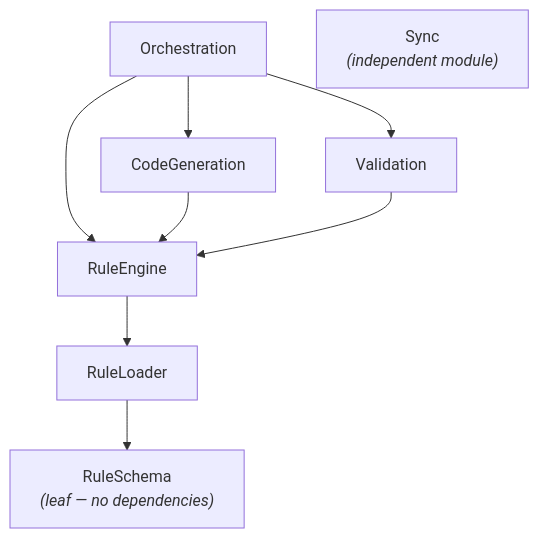
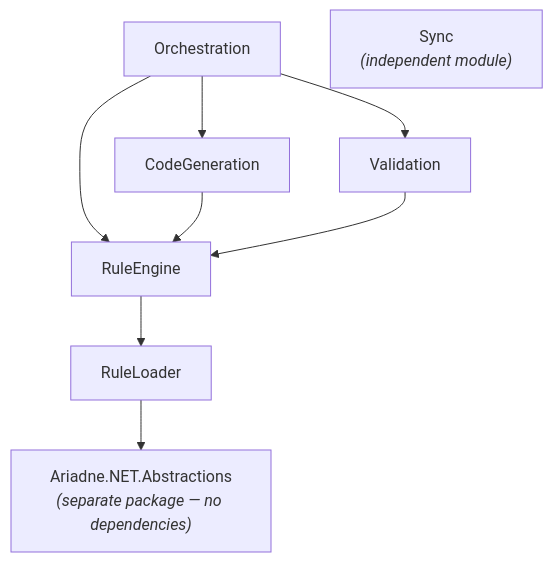
Before and after one commit to MarcelRoozekrans/Ariadne.NET: the fourth of 4 diagrams in docs/how-it-works/02-architecture.md, drawn with Mermaid. The commit also changed other lines of this file and 2 other files, not shown here.

Commit message:
docs: describe the Ariadne.NET.Abstractions package split

````diff
--- a/docs/how-it-works/02-architecture.md
+++ b/docs/how-it-works/02-architecture.md
@@ -63,11 +65,11 @@
 ```mermaid
 graph TD
     Orchestration --> CodeGeneration
     Orchestration --> Validation
     Orchestration --> RuleEngine
     CodeGeneration --> RuleEngine
     Validation --> RuleEngine
     RuleEngine --> RuleLoader
-    RuleLoader --> RuleSchema["RuleSchema<br/><i>(leaf — no dependencies)</i>"]
+    RuleLoader --> Abstractions["Ariadne.NET.Abstractions<br/><i>(separate package — no dependencies)</i>"]
     Sync["Sync<br/><i>(independent module)</i>"]
 ```
````
